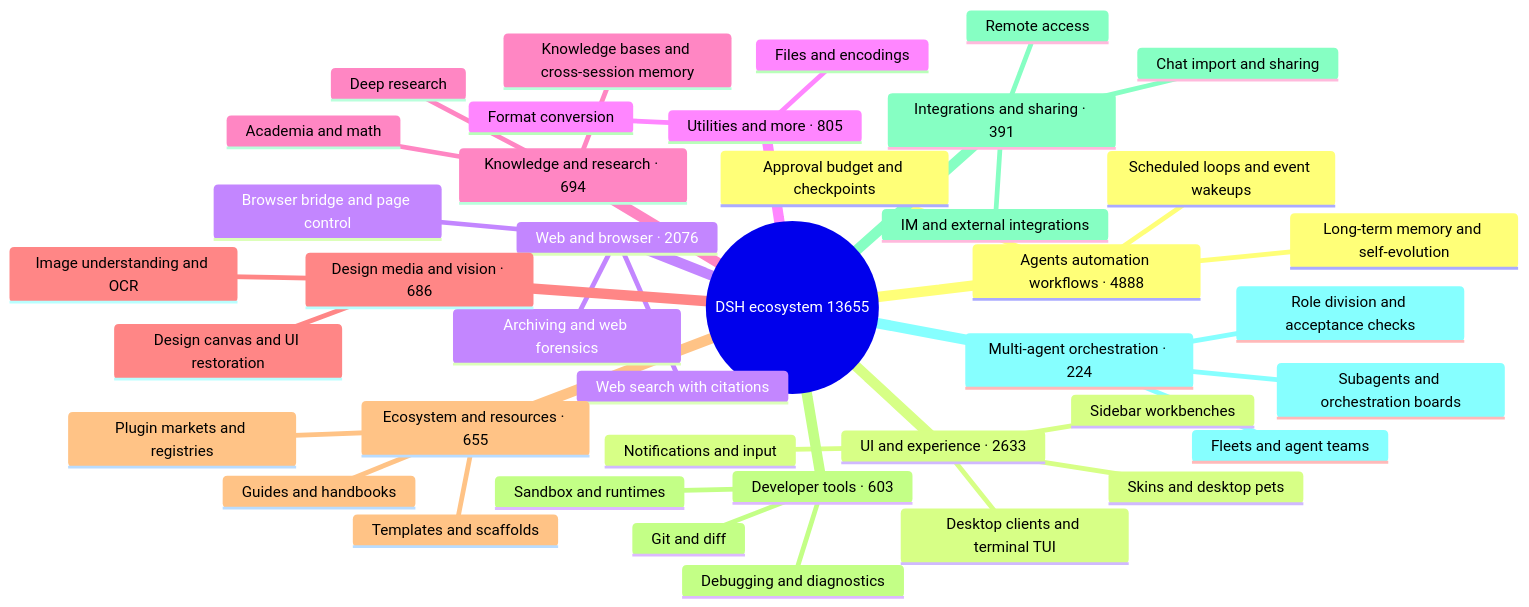
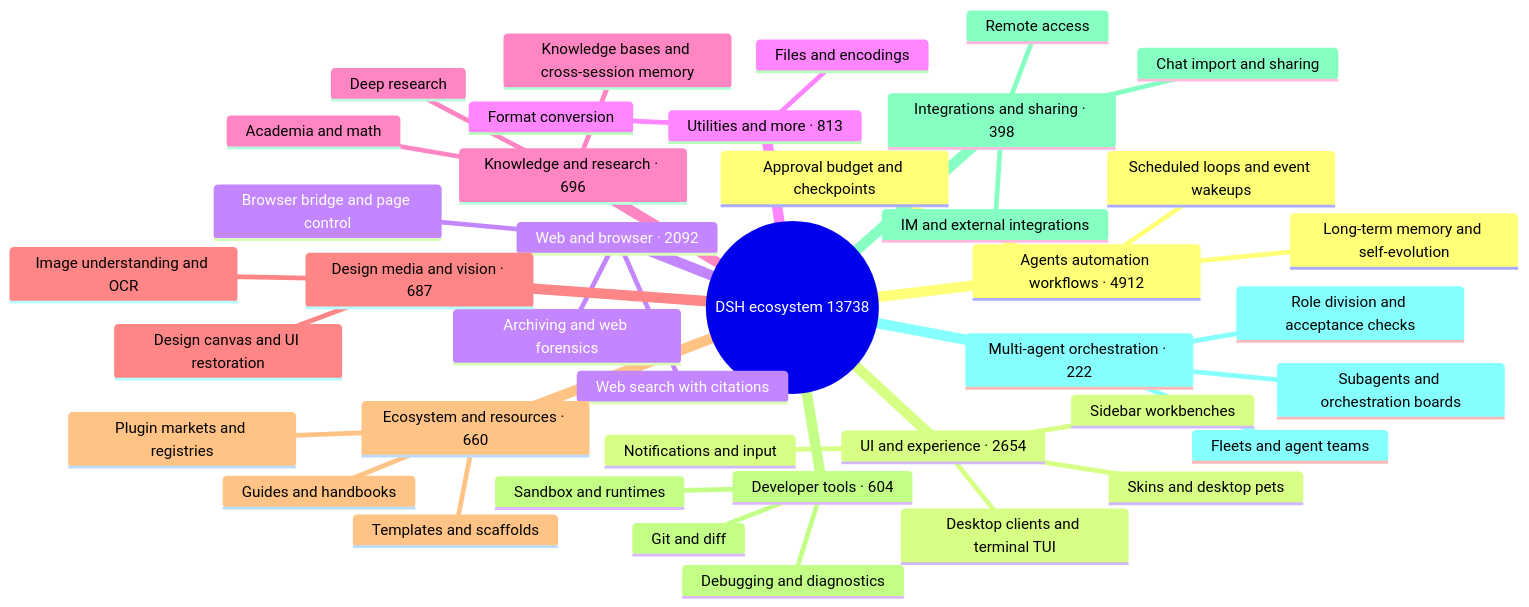
Before and after one commit to bruc3van/awesome-dsh-plugin: the diagram in README_EN.md, drawn with Mermaid. The commit also changed other lines of this file and 21 other files, not shown here.

````diff
--- a/README_EN.md
+++ b/README_EN.md
@@ -32,43 +32,43 @@
 ```mermaid
 mindmap
-  root((DSH ecosystem 13655))
-    Agents automation workflows · 4888
+  root((DSH ecosystem 13738))
+    Agents automation workflows · 4912
       Scheduled loops and event wakeups
       Long-term memory and self-evolution
       Approval budget and checkpoints
-    UI and experience · 2633
+    UI and experience · 2654
       Desktop clients and terminal TUI
       Sidebar workbenches
       Skins and desktop pets
       Notifications and input
-    Web and browser · 2076
+    Web and browser · 2092
       Browser bridge and page control
       Web search with citations
       Archiving and web forensics
-    Utilities and more · 805
+    Utilities and more · 813
       Files and encodings
       Format conversion
-    Knowledge and research · 694
+    Knowledge and research · 696
       Knowledge bases and cross-session memory
       Deep research
       Academia and math
-    Design media and vision · 686
+    Design media and vision · 687
       Image understanding and OCR
       Design canvas and UI restoration
-    Ecosystem and resources · 655
+    Ecosystem and resources · 660
       Plugin markets and registries
       Templates and scaffolds
       Guides and handbooks
-    Developer tools · 603
+    Developer tools · 604
       Git and diff
       Sandbox and runtimes
       Debugging and diagnostics
-    Integrations and sharing · 391
+    Integrations and sharing · 398
       Chat import and sharing
       Remote access
       IM and external integrations
-    Multi-agent orchestration · 224
+    Multi-agent orchestration · 222
       Subagents and orchestration boards
       Fleets and agent teams
       Role division and acceptance checks
 ```
````
